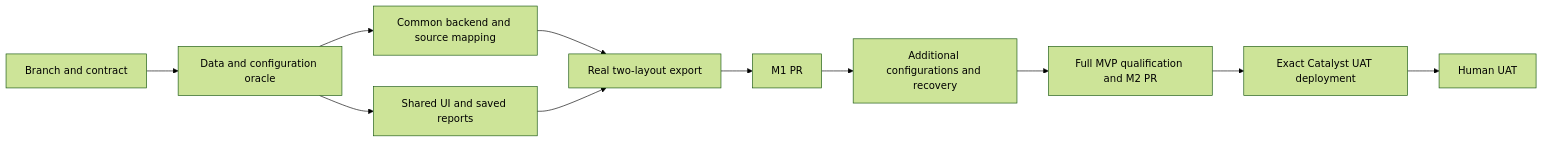
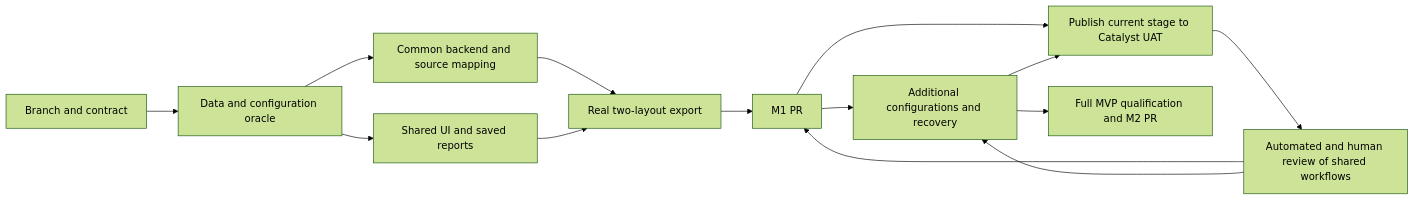
One commit to CFSAN-Biostatistics/OpenELIS-Global-2-Food changed the diagram in specs/479-reporting-mvp/tasks.md. Above: the diagram before and after it, drawn with Mermaid (forest theme). The commit also changed other lines of this file and 16 other files, not shown here.

````diff
--- a/specs/479-reporting-mvp/tasks.md
+++ b/specs/479-reporting-mvp/tasks.md
@@ -220,13 +222,16 @@
 ```mermaid
 graph LR
     T001[Branch and contract] --> T002[Data and configuration oracle]
     T002 --> B[Common backend and source mapping]
     T002 --> U[Shared UI and saved reports]
     B --> V[Real two-layout export]
     U --> V
     V --> M1[M1 PR]
     M1 --> M2[Additional configurations and recovery]
+    M1 --> D[Publish current stage to Catalyst UAT]
+    M2 --> D
+    D --> H[Automated and human review of shared workflows]
+    H --> M1
+    H --> M2
     M2 --> Q[Full MVP qualification and M2 PR]
-    Q --> D[Exact Catalyst UAT deployment]
-    D --> H[Human UAT]
 ```
````
